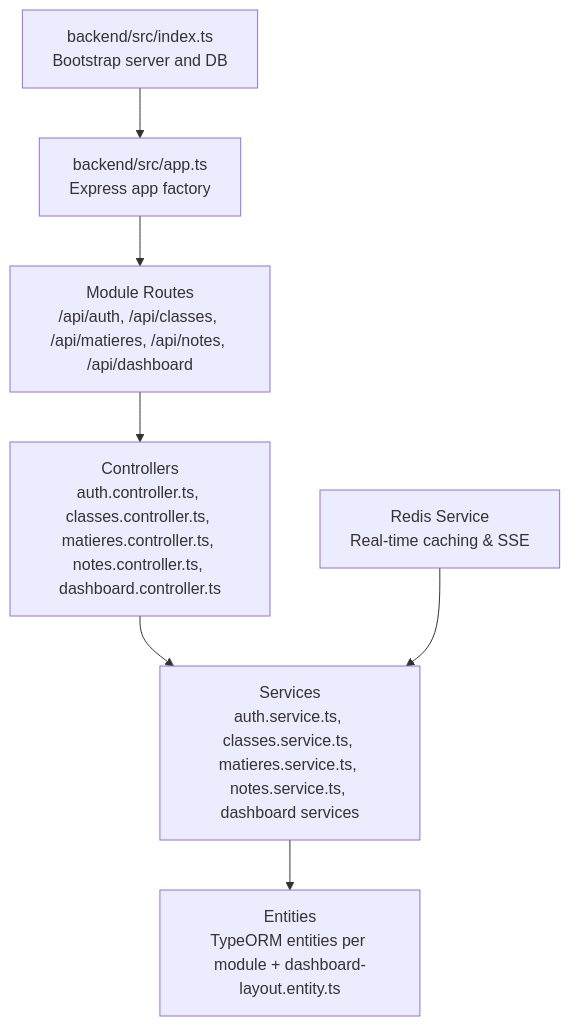
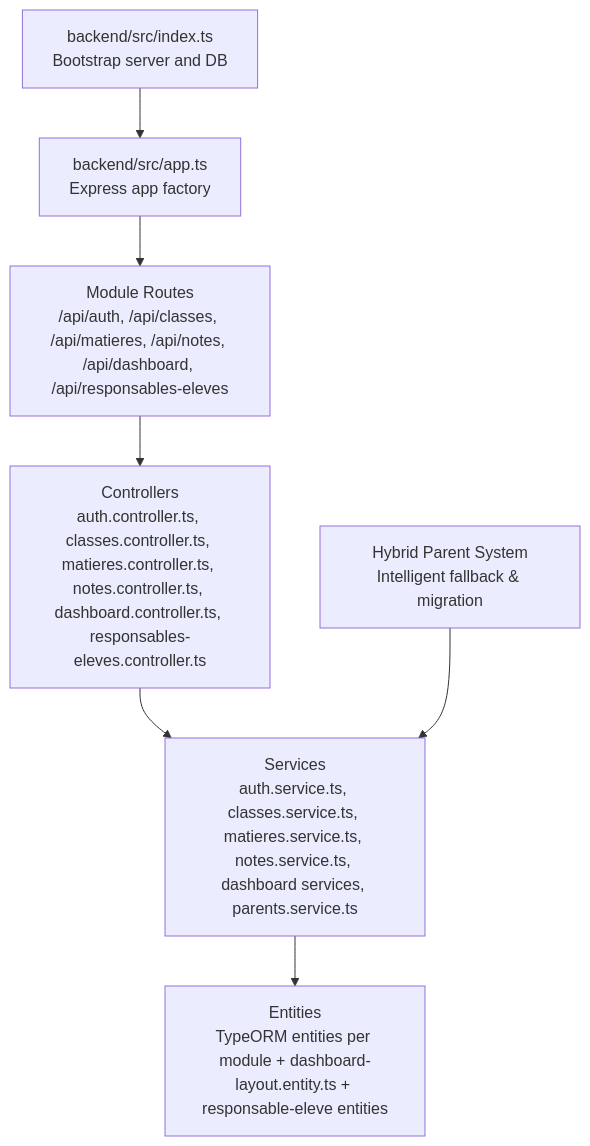
The first of 9 diagrams in .qoder/repowiki/en/content/Modules & Features/Modules & Features.md (franckylab/eLISAschool), drawn with Mermaid before and after one commit. The commit also changed other lines of this file and 33 other files, not shown here.

First line of the commit message:
feat(parents): implémenter la gestion hybride des parents avec migration et indexation

````diff
--- a/.qoder/repowiki/en/content/Modules & Features/Modules & Features.md
+++ b/.qoder/repowiki/en/content/Modules & Features/Modules & Features.md
@@ -69,9 +73,9 @@
 ```mermaid
 graph TB
 A["backend/src/index.ts<br/>Bootstrap server and DB"] --> B["backend/src/app.ts<br/>Express app factory"]
-B --> C["Module Routes<br/>/api/auth, /api/classes, /api/matieres, /api/notes, /api/dashboard"]
-C --> D["Controllers<br/>auth.controller.ts, classes.controller.ts, matieres.controller.ts, notes.controller.ts, dashboard.controller.ts"]
-D --> E["Services<br/>auth.service.ts, classes.service.ts, matieres.service.ts, notes.service.ts, dashboard services"]
-E --> F["Entities<br/>TypeORM entities per module + dashboard-layout.entity.ts"]
-G["Redis Service<br/>Real-time caching & SSE"] --> E
+B --> C["Module Routes<br/>/api/auth, /api/classes, /api/matieres, /api/notes, /api/dashboard, /api/responsables-eleves"]
+C --> D["Controllers<br/>auth.controller.ts, classes.controller.ts, matieres.controller.ts, notes.controller.ts, dashboard.controller.ts, responsables-eleves.controller.ts"]
+D --> E["Services<br/>auth.service.ts, classes.service.ts, matieres.service.ts, notes.service.ts, dashboard services, parents.service.ts"]
+E --> F["Entities<br/>TypeORM entities per module + dashboard-layout.entity.ts + responsable-eleve entities"]
+G["Hybrid Parent System<br/>Intelligent fallback & migration"] --> E
 ```
````
